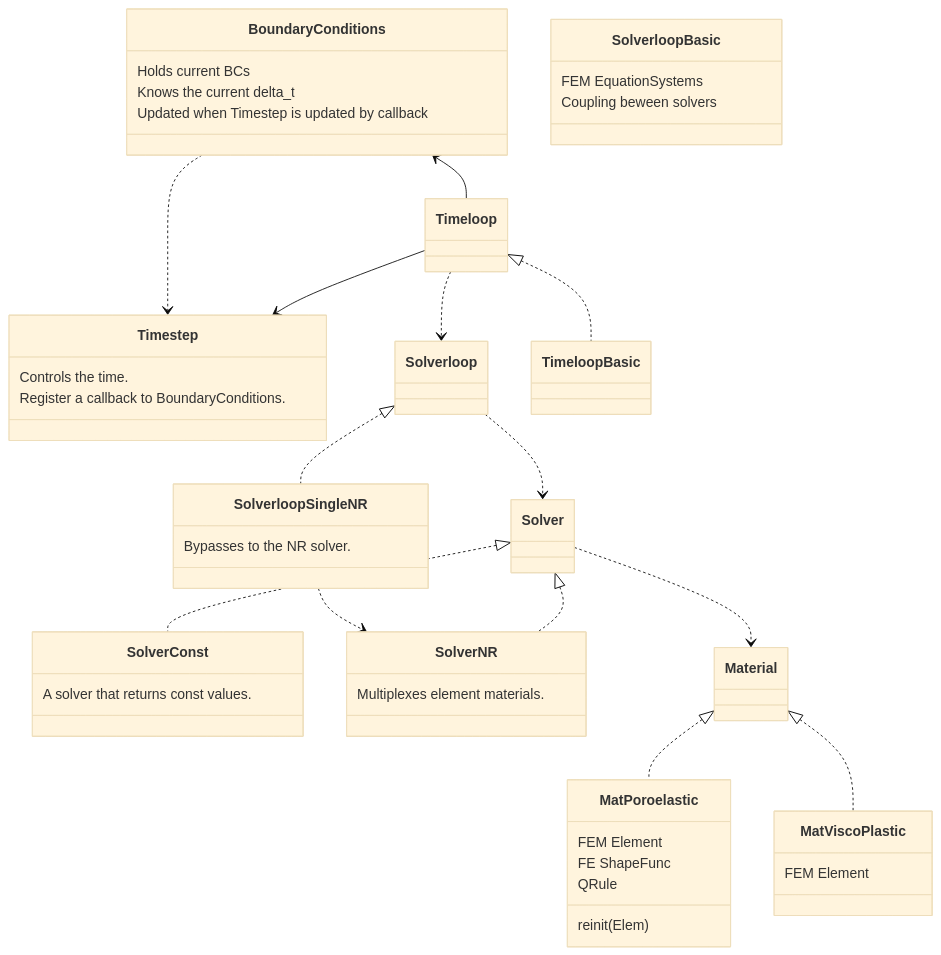
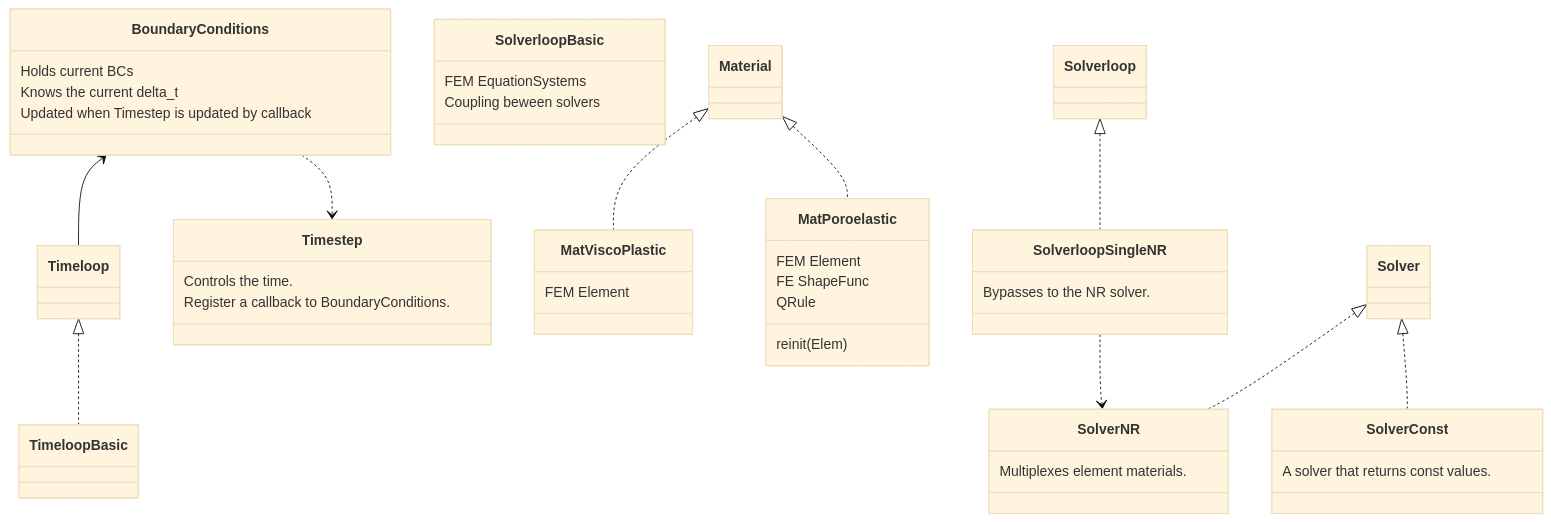
One commit to rebpoli/harpy changed the second of 2 diagrams in doc/Description.md. Above: the diagram before and after it, drawn with Mermaid (base theme).

````diff
--- a/doc/Description.md
+++ b/doc/Description.md
@@ -71,64 +75,60 @@
 ```mermaid
 classDiagram
         BoundaryConditions <-- Timeloop
 
 
     class SolverConst { A solver that returns const values.  }
 
     class Timestep {
         Controls the time.
         Register a callback to BoundaryConditions.
     }
     class BoundaryConditions { 
         Holds current BCs
         Knows the current delta_t
         Updated when Timestep is updated by callback
     }
     BoundaryConditions ..> Timestep
 
 %% Implementations
     class SolverloopBasic {
         FEM EquationSystems
         Coupling beween solvers
     }
 
     class MatViscoPlastic { FEM Element }
 
     class MatPoroelastic {
         FEM Element 
         FE ShapeFunc
         QRule
         reinit(Elem)
     }
 
     class SolverloopSingleNR { Bypasses to the NR solver. } 
     class SolverNR { Multiplexes element materials. }
 
 %% Dependencies
-    Timeloop --> Timestep
-    Timeloop ..> Solverloop
 
     SolverloopSingleNR ..> SolverNR
 
 %% Interfaces << implementations
     Timeloop <|.. TimeloopBasic
     Material <|.. MatPoroelastic
     Material <|.. MatViscoPlastic
     Solverloop <|.. SolverloopSingleNR
     Solver <|.. SolverNR
     Solver <|.. SolverConst
 
-    Solverloop ..> Solver
-    Solver..> Material
 
 %%
 %% classA <|-- classB    // Inheritance (B inherits from A)
 %% classA <|.. classB    // Implementation (B implements A)
 %% classA *-- classB     // Composition (B is part of A)
 %% classA o-- classB     // Aggregation (B is used by A)
 %% classA --> classB     // Association (A references B)
 %% classA ..> classB     // Dependency (A depends on B)
 %% classA ..|> classB    // Realization (B realizes A)
 %% classA <--> classB    // Bidirectional association
 
 ```
````
